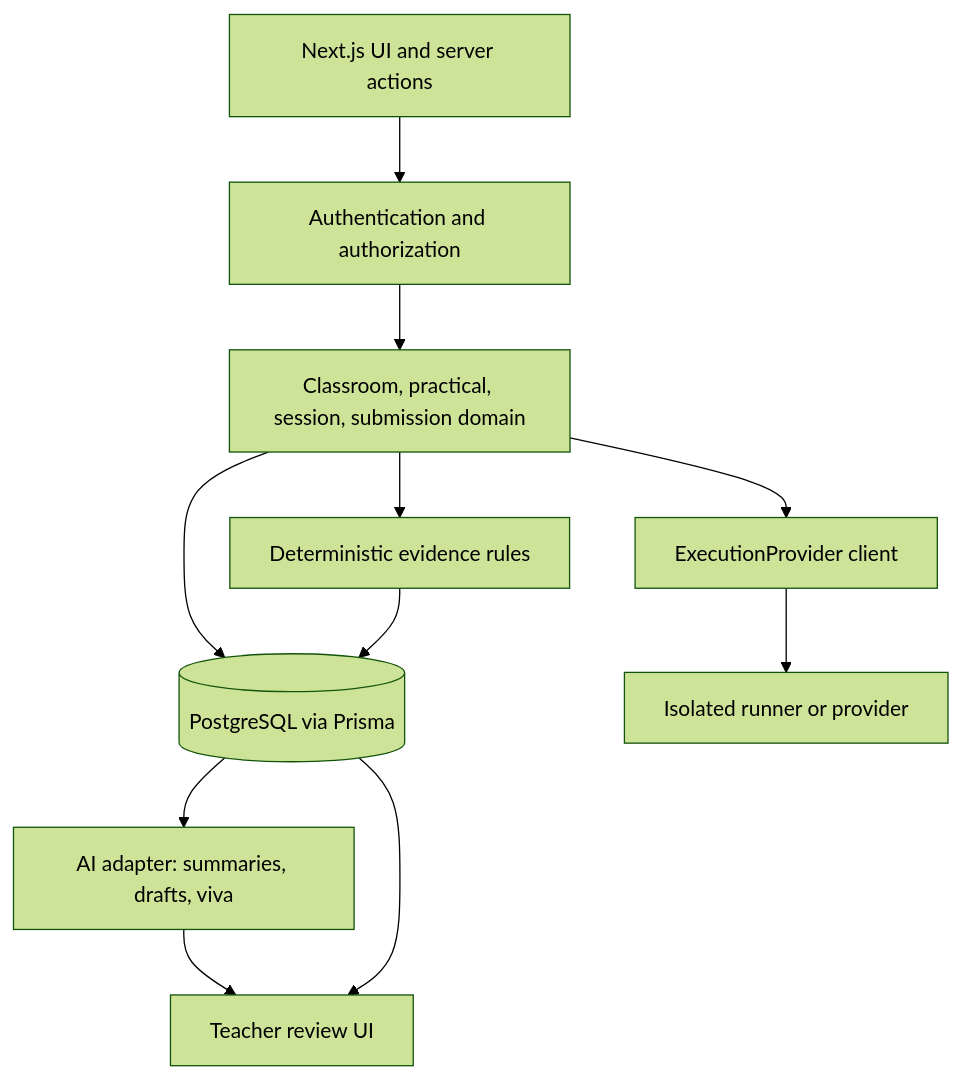
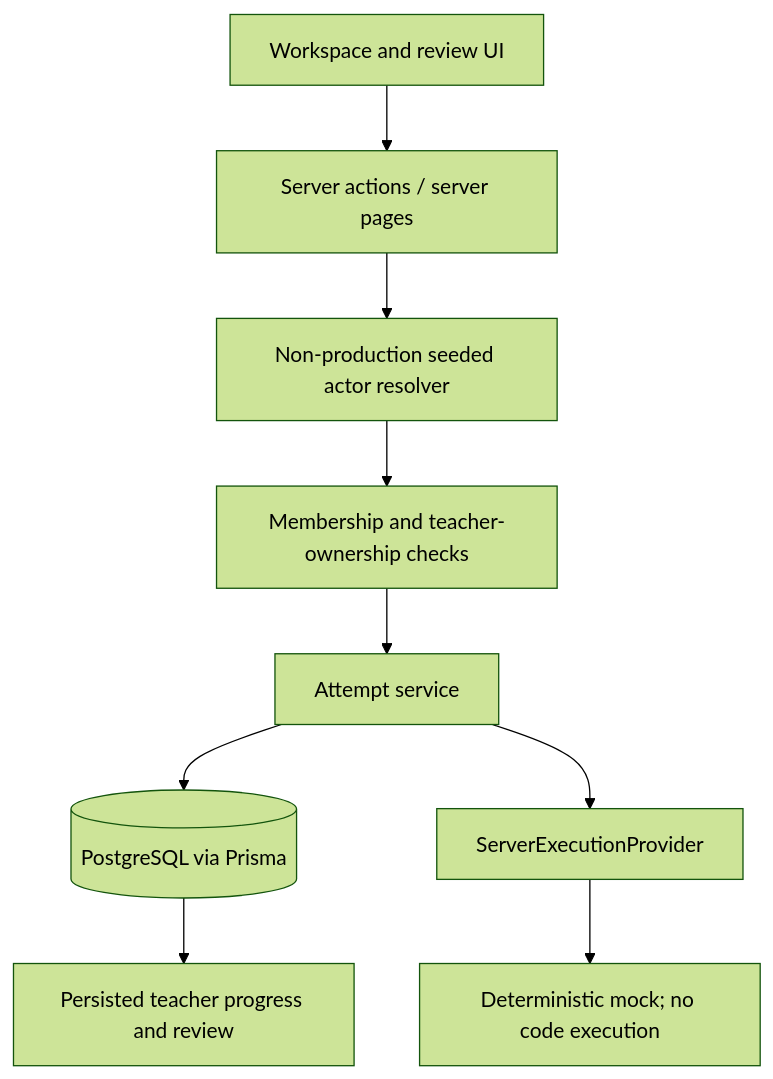
One commit to Tanishk1989/Labrix changed the diagram in docs/04-ARCHITECTURE.md. Above: the diagram before and after it, drawn with Mermaid (forest theme). The commit also changed other lines of this file and 41 other files, not shown here.

````diff
--- a/docs/04-ARCHITECTURE.md
+++ b/docs/04-ARCHITECTURE.md
@@ -16,13 +7,11 @@
 ```mermaid
 flowchart TB
-  UI["Next.js UI and server actions"] --> AUTH["Authentication and authorization"]
-  AUTH --> DOMAIN["Classroom, practical, session, submission domain"]
-  DOMAIN --> DB[("PostgreSQL via Prisma")]
-  DOMAIN --> EXEC["ExecutionProvider client"]
-  EXEC --> SANDBOX["Isolated runner or provider"]
-  DOMAIN --> RULES["Deterministic evidence rules"]
-  RULES --> DB
-  DB --> AI["AI adapter: summaries, drafts, viva"]
-  AI --> REVIEW["Teacher review UI"]
-  DB --> REVIEW
+  UI["Workspace and review UI"] --> A["Server actions / server pages"]
+  A --> ID["Non-production seeded actor resolver"]
+  ID --> AUTHZ["Membership and teacher-ownership checks"]
+  AUTHZ --> SVC["Attempt service"]
+  SVC --> DB[("PostgreSQL via Prisma")]
+  SVC --> EP["ServerExecutionProvider"]
+  EP --> MOCK["Deterministic mock; no code execution"]
+  DB --> REVIEW["Persisted teacher progress and review"]
 ```
````
